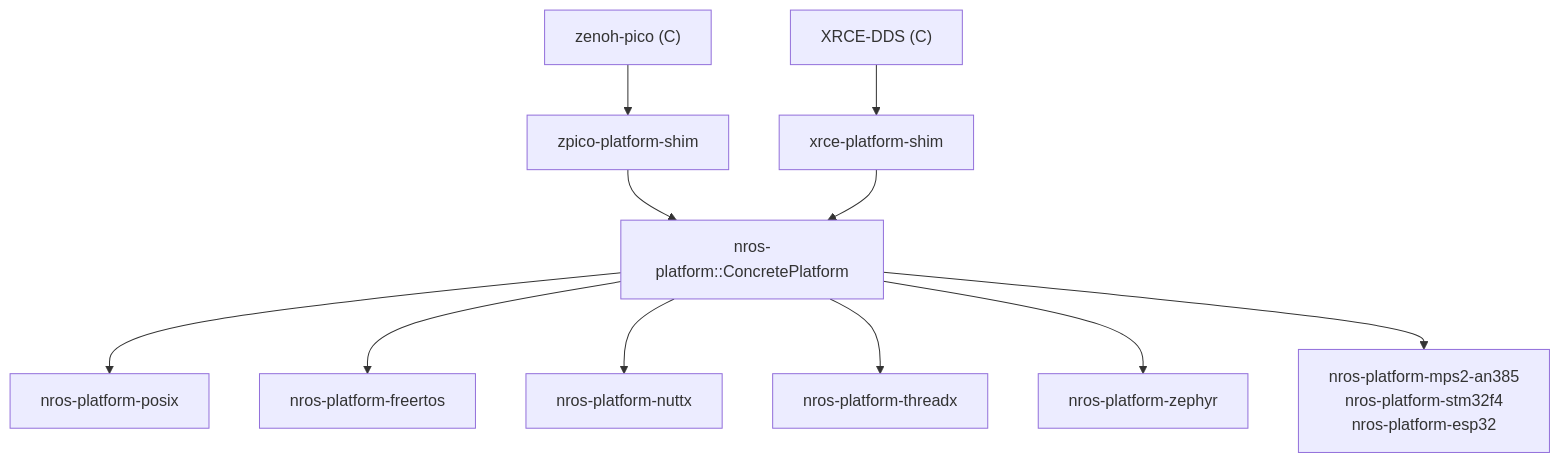
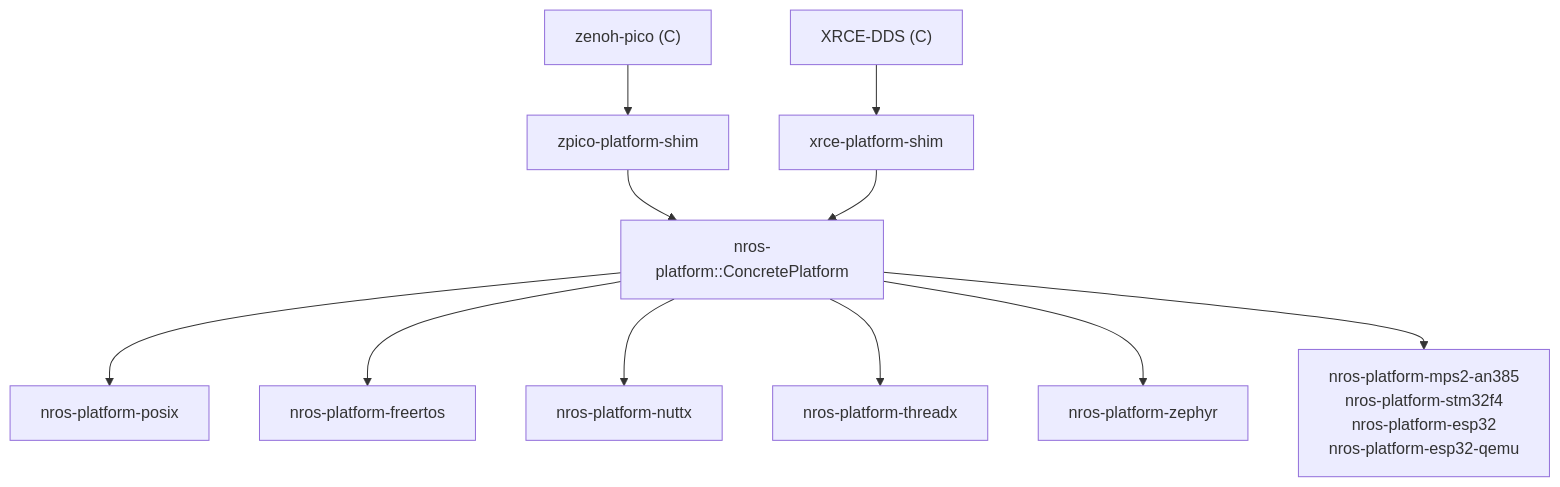
Before and after one commit to NEWSLabNTU/nano-ros: the diagram in book/src/reference/platform-api.md, drawn with Mermaid. The commit also changed other lines of this file and 4 other files, not shown here.

````diff
--- a/book/src/reference/platform-api.md
+++ b/book/src/reference/platform-api.md
@@ -23,13 +29,13 @@
 ```mermaid
 graph TD
     ZP["zenoh-pico (C)"] --> ZPSHIM["zpico-platform-shim"]
     XRCE["XRCE-DDS (C)"] --> XSHIM["xrce-platform-shim"]
     ZPSHIM --> NP["nros-platform::ConcretePlatform"]
     XSHIM --> NP
     NP --> POSIX["nros-platform-posix"]
     NP --> FREERTOS["nros-platform-freertos"]
     NP --> NUTTX["nros-platform-nuttx"]
     NP --> THREADX["nros-platform-threadx"]
     NP --> ZEPHYR["nros-platform-zephyr"]
-    NP --> BM["nros-platform-mps2-an385<br/>nros-platform-stm32f4<br/>nros-platform-esp32"]
+    NP --> BM["nros-platform-mps2-an385<br/>nros-platform-stm32f4<br/>nros-platform-esp32<br/>nros-platform-esp32-qemu"]
 ```
````
